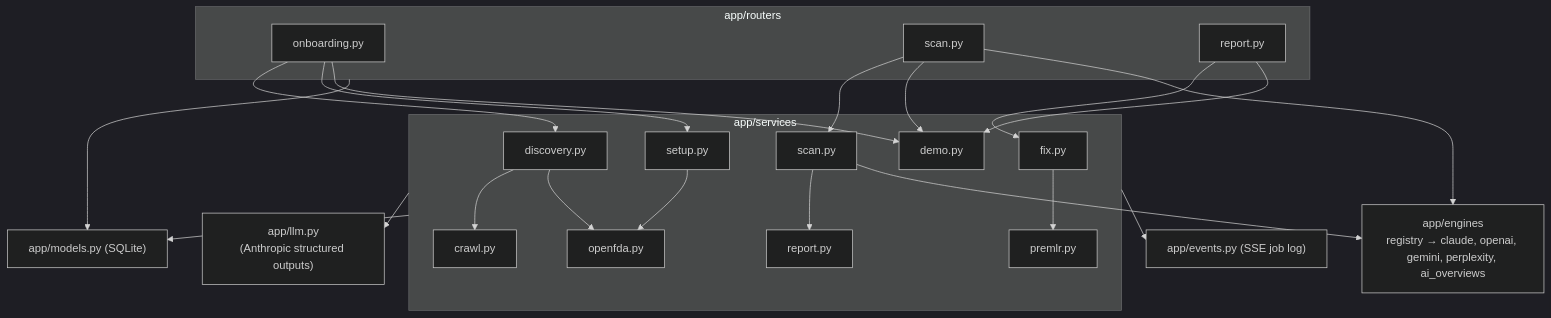
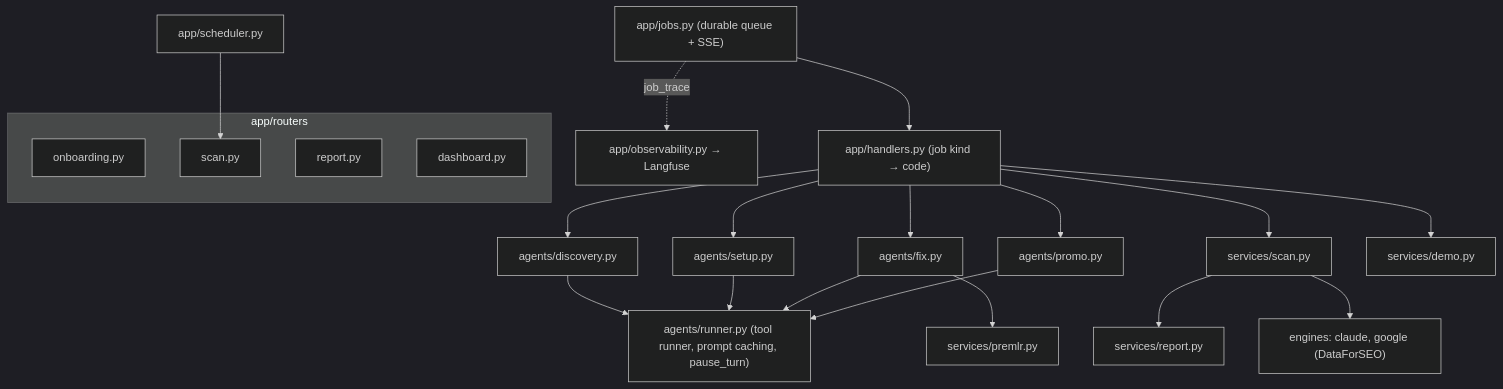
Before and after one commit to Yan-Sidoryk/Aeon: the third of 3 diagrams in docs/architecture.md, drawn with Mermaid (dark theme). The commit also changed other lines of this file and 37 other files, not shown here.

````diff
--- a/docs/architecture.md
+++ b/docs/architecture.md
@@ -333,24 +126,18 @@
 ```mermaid
 flowchart TB
   subgraph routers["app/routers"]
     ON[onboarding.py]
     SC[scan.py]
     RP[report.py]
+    DB2[dashboard.py]
   end
-  subgraph services["app/services"]
-    DIS[discovery.py] --> CR[crawl.py] & OF[openfda.py]
-    SET[setup.py] --> OF
-    SCN[scan.py] --> REP[report.py]
-    FIX[fix.py] --> PM[premlr.py]
-    DEMO[demo.py]
-  end
-  ENGS["app/engines<br/>registry → claude, openai, gemini, perplexity, ai_overviews"]
-  ON --> DIS & SET & DEMO
-  SC --> SCN & DEMO & ENGS
-  RP --> FIX & DEMO
-  SCN --> ENGS
-  services --> LLM["app/llm.py<br/>(Anthropic structured outputs)"]
-  routers --> MOD["app/models.py (SQLite)"]
-  services --> MOD
-  services --> EV["app/events.py (SSE job log)"]
+  J["app/jobs.py (durable queue + SSE)"] --> H["app/handlers.py (job kind → code)"]
+  H --> AD[agents/discovery.py] & AS[agents/setup.py] & AF[agents/fix.py] & AP[agents/promo.py]
+  H --> SCN[services/scan.py] --> REP[services/report.py]
+  AD & AS & AF & AP --> RUN["agents/runner.py (tool runner, prompt caching, pause_turn)"]
+  AF --> PM[services/premlr.py]
+  SCN --> ENG["engines: claude, google (DataForSEO)"]
+  H --> DEMO[services/demo.py]
+  SCH[app/scheduler.py] --> SC
+  J -. job_trace .-> OBS[app/observability.py → Langfuse]
 ```
````
